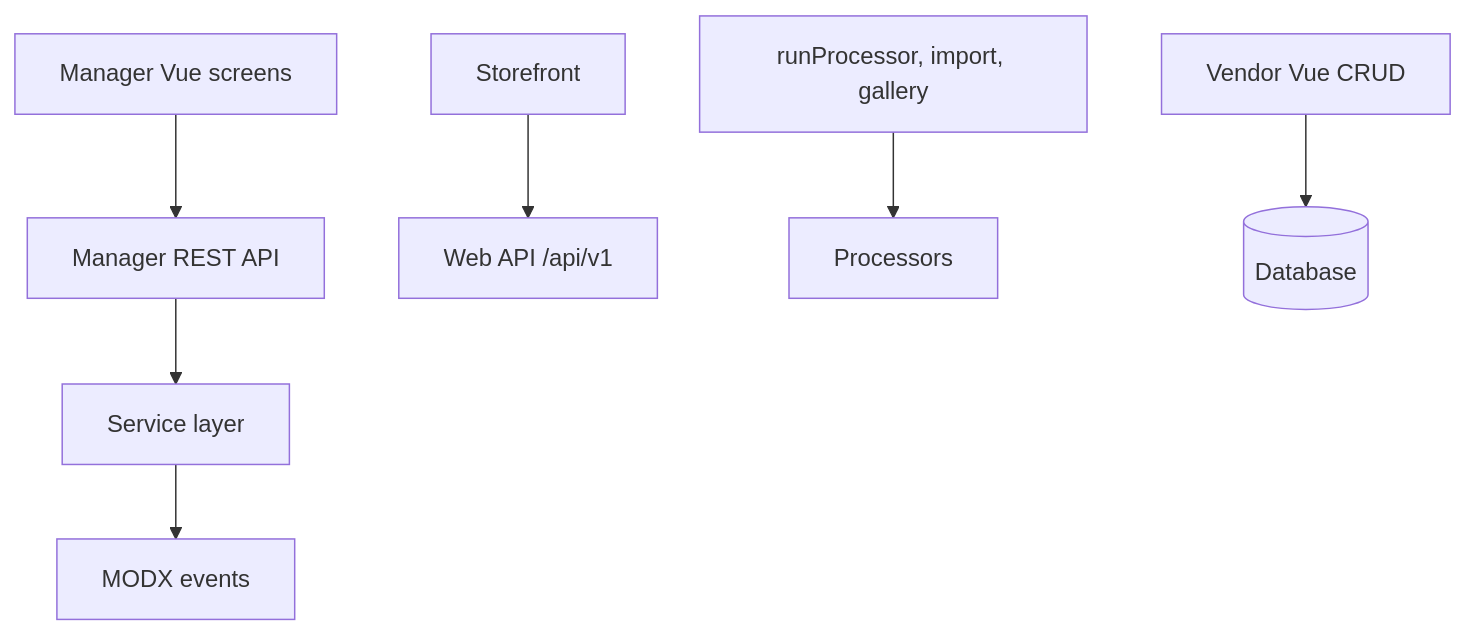
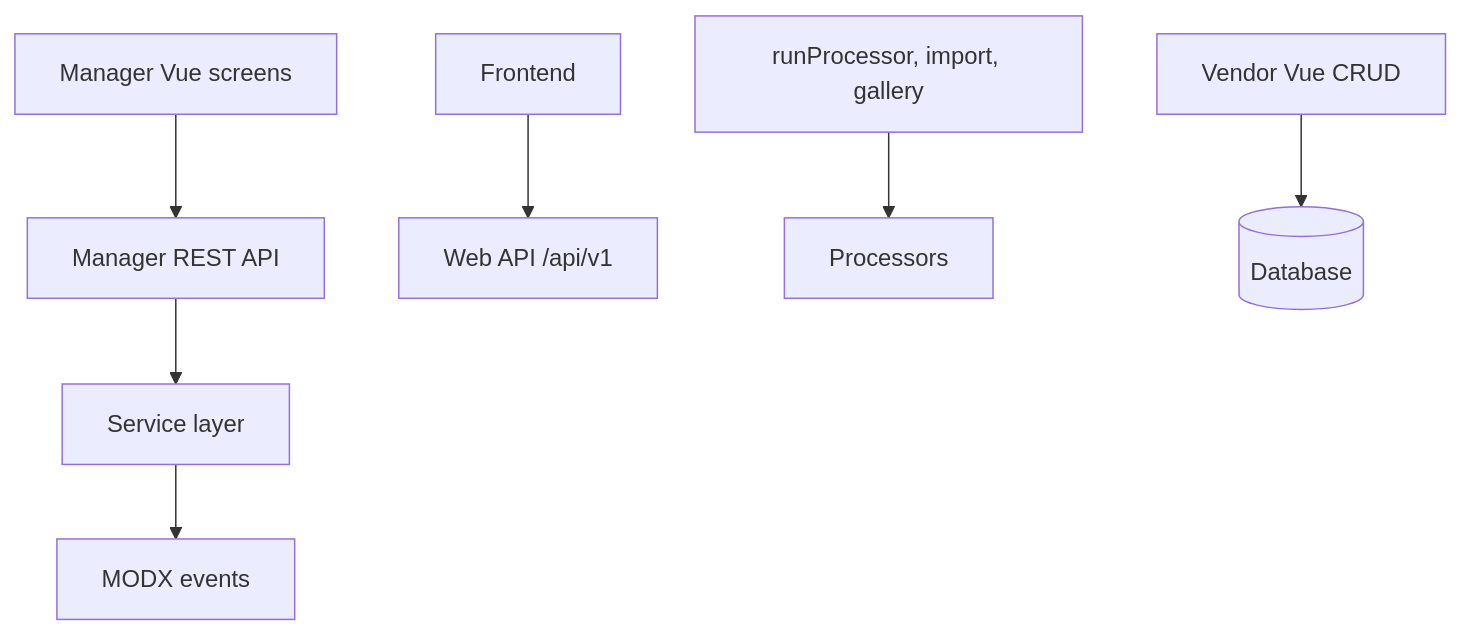
The second of 2 diagrams in docs/en/components/minishop3/development/index.md (modx-pro/Docs), drawn with Mermaid before and after one commit. The commit also changed 4 other files, not shown here.

First line of the commit message:
docs(minishop3): заменить storefront на frontend в английских страницах PR

````diff
--- a/docs/en/components/minishop3/development/index.md
+++ b/docs/en/components/minishop3/development/index.md
@@ -35,9 +35,9 @@
 ```mermaid
 flowchart TB
   vue[Manager Vue screens] --> mgrapi[Manager REST API]
-  shop[Storefront] --> webapi["Web API /api/v1"]
+  shop[Frontend] --> webapi["Web API /api/v1"]
   php["runProcessor, import, gallery"] --> proc[Processors]
   mgrapi --> svc[Service layer]
   svc --> ev[MODX events]
   vuecrud[Vendor Vue CRUD] --> db[(Database)]
 ```
````
